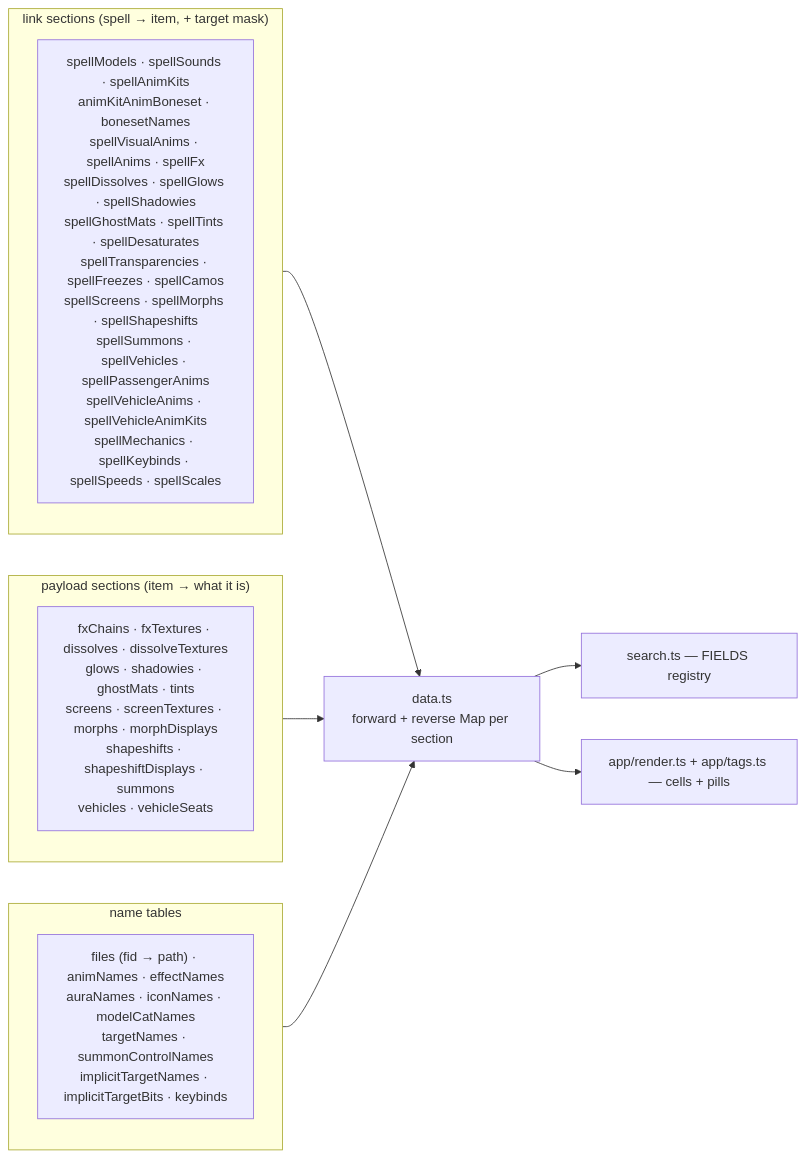
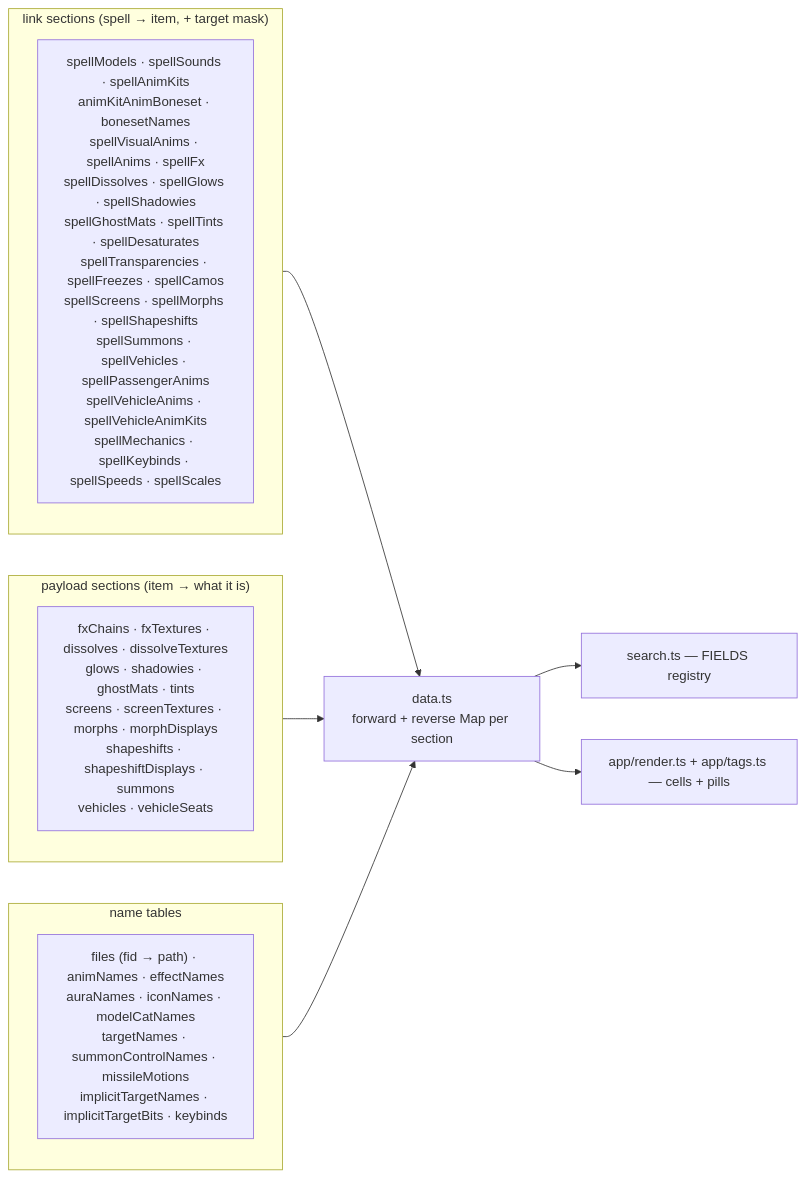
Before and after one commit to Natans8/Epsilook: diagram 19 of 20 in docs/DATA_ROUTES.md, drawn with Mermaid. The commit also changed other lines of this file and 15 other files, not shown here.

````diff
--- a/docs/DATA_ROUTES.md
+++ b/docs/DATA_ROUTES.md
@@ -942,17 +977,17 @@
 ```mermaid
 flowchart LR
     subgraph LINK["link sections (spell → item, + target mask)"]
         L1["spellModels · spellSounds · spellAnimKits<br/>animKitAnimBoneset · bonesetNames<br/>spellVisualAnims · spellAnims · spellFx<br/>spellDissolves · spellGlows · spellShadowies<br/>spellGhostMats · spellTints · spellDesaturates<br/>spellTransparencies · spellFreezes · spellCamos<br/>spellScreens · spellMorphs · spellShapeshifts<br/>spellSummons · spellVehicles · spellPassengerAnims<br/>spellVehicleAnims · spellVehicleAnimKits<br/>spellMechanics · spellKeybinds · spellSpeeds · spellScales"]
     end
     subgraph PAY["payload sections (item → what it is)"]
         P1["fxChains · fxTextures · dissolves · dissolveTextures<br/>glows · shadowies · ghostMats · tints<br/>screens · screenTextures · morphs · morphDisplays<br/>shapeshifts · shapeshiftDisplays · summons<br/>vehicles · vehicleSeats"]
     end
     subgraph NAME["name tables"]
-        N1["files (fid → path) · animNames · effectNames<br/>auraNames · iconNames · modelCatNames<br/>targetNames · summonControlNames<br/>implicitTargetNames · implicitTargetBits · keybinds"]
+        N1["files (fid → path) · animNames · effectNames<br/>auraNames · iconNames · modelCatNames<br/>targetNames · summonControlNames · missileMotions<br/>implicitTargetNames · implicitTargetBits · keybinds"]
     end
     LINK --> IDX["data.ts<br/>forward + reverse Map per section"]
     PAY --> IDX
     NAME --> IDX
     IDX --> Q["search.ts — FIELDS registry"]
     IDX --> R["app/render.ts + app/tags.ts — cells + pills"]
 ```
````
